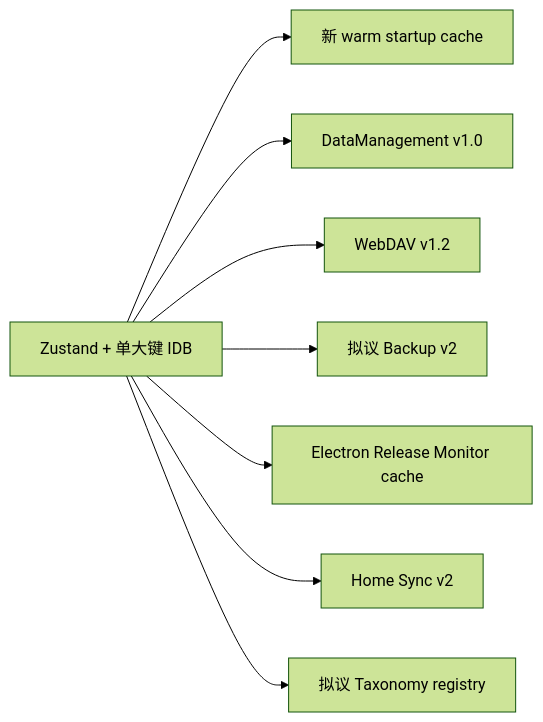
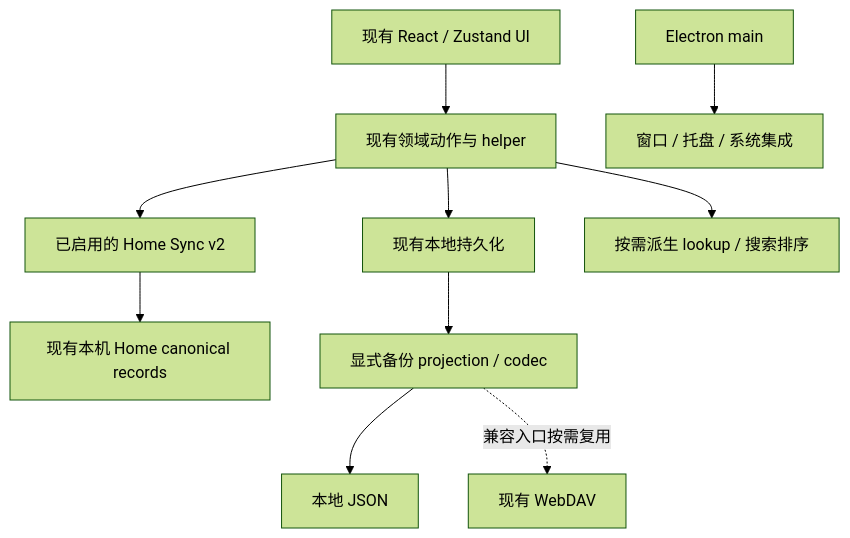
Before and after one commit to Myles-7/GSM: the diagram in docs/product/GSM_优化方向可行性与架构改进综合分析报告.md, drawn with Mermaid (forest theme). The commit also changed other lines of this file and 45 other files, not shown here.

````diff
--- a/docs/product/GSM_优化方向可行性与架构改进综合分析报告.md
+++ b/docs/product/GSM_优化方向可行性与架构改进综合分析报告.md
@@ -56,10 +205,12 @@
 ```mermaid
-flowchart LR
-  Z[Zustand + 单大键 IDB] --> A[新 warm startup cache]
-  Z --> B[DataManagement v1.0]
-  Z --> C[WebDAV v1.2]
-  Z --> D[拟议 Backup v2]
-  Z --> E[Electron Release Monitor cache]
-  Z --> H[Home Sync v2]
-  Z --> T[拟议 Taxonomy registry]
+flowchart TD
+  UI[现有 React / Zustand UI] --> DOMAIN[现有领域动作与 helper]
+  DOMAIN --> LOCAL[现有本地持久化]
+  DOMAIN --> SYNC[已启用的 Home Sync v2]
+  SYNC --> HOME[现有本机 Home canonical records]
+  DOMAIN --> DERIVED[按需派生 lookup / 搜索排序]
+  LOCAL --> EXPORT[显式备份 projection / codec]
+  EXPORT --> FILE[本地 JSON]
+  EXPORT -.兼容入口按需复用.-> DAV[现有 WebDAV]
+  ELECTRON[Electron main] --> OS[窗口 / 托盘 / 系统集成]
 ```
````
